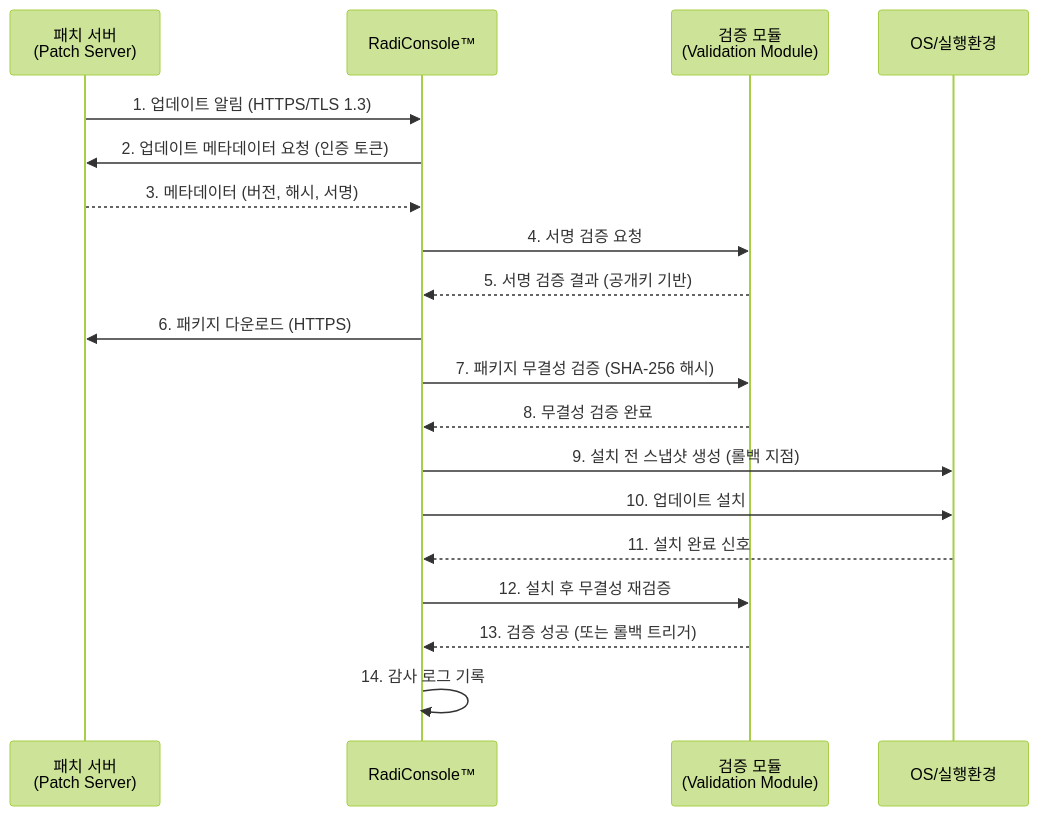
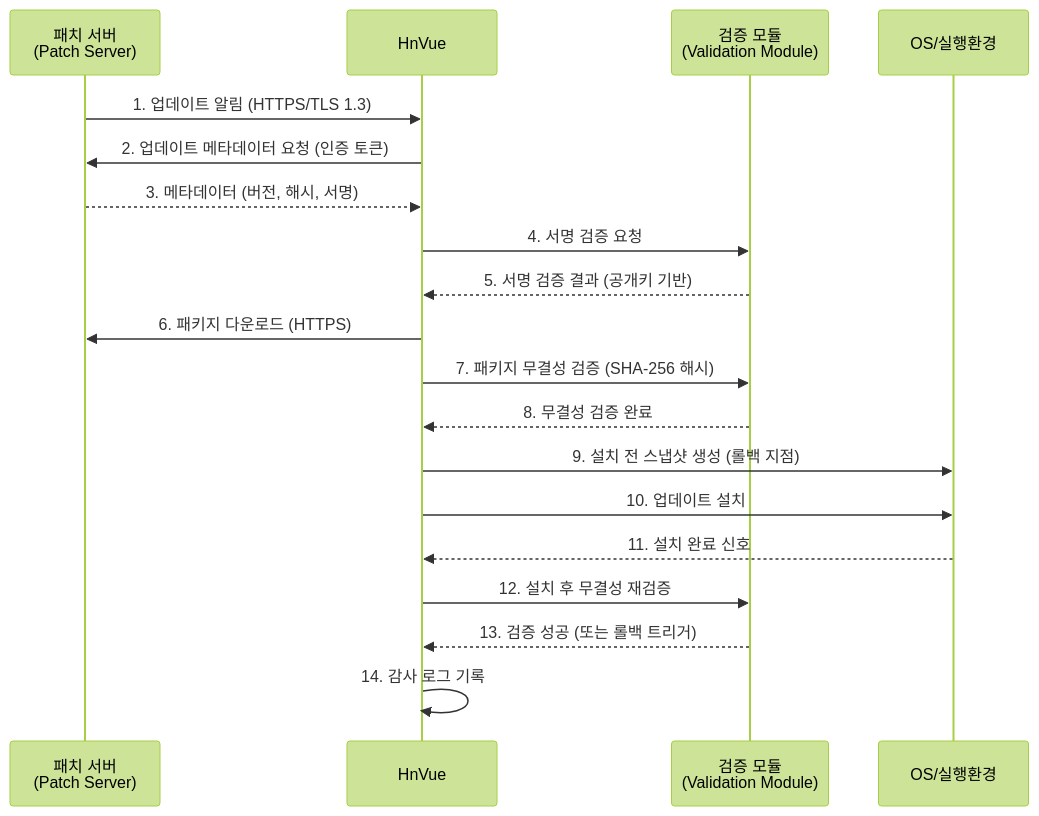
One commit to holee9/console-gui changed the sixth of 11 diagrams in docs/management/DOC-016_Cybersecurity_Plan_v1.0.md. Above: the diagram before and after it, drawn with Mermaid (forest theme). The commit also changed other lines of this file and 34 other files, not shown here.

First line of the commit message:
fix: RadiConsole → HnVue 전체 일괄 변경 (35개 파일, 300건+)

````diff
--- a/docs/management/DOC-016_Cybersecurity_Plan_v1.0.md
+++ b/docs/management/DOC-016_Cybersecurity_Plan_v1.0.md
@@ -488,22 +488,22 @@
 ```mermaid
 sequenceDiagram
     participant PS as 패치 서버<br/>(Patch Server)
-    participant RC as RadiConsole™
+    participant RC as HnVue
     participant VA as 검증 모듈<br/>(Validation Module)
     participant OS as OS/실행환경
 
     PS->>RC: 1. 업데이트 알림 (HTTPS/TLS 1.3)
     RC->>PS: 2. 업데이트 메타데이터 요청 (인증 토큰)
     PS-->>RC: 3. 메타데이터 (버전, 해시, 서명)
     RC->>VA: 4. 서명 검증 요청
     VA-->>RC: 5. 서명 검증 결과 (공개키 기반)
     RC->>PS: 6. 패키지 다운로드 (HTTPS)
     RC->>VA: 7. 패키지 무결성 검증 (SHA-256 해시)
     VA-->>RC: 8. 무결성 검증 완료
     RC->>OS: 9. 설치 전 스냅샷 생성 (롤백 지점)
     RC->>OS: 10. 업데이트 설치
     OS-->>RC: 11. 설치 완료 신호
     RC->>VA: 12. 설치 후 무결성 재검증
     VA-->>RC: 13. 검증 성공 (또는 롤백 트리거)
     RC->>RC: 14. 감사 로그 기록
 ```
````
